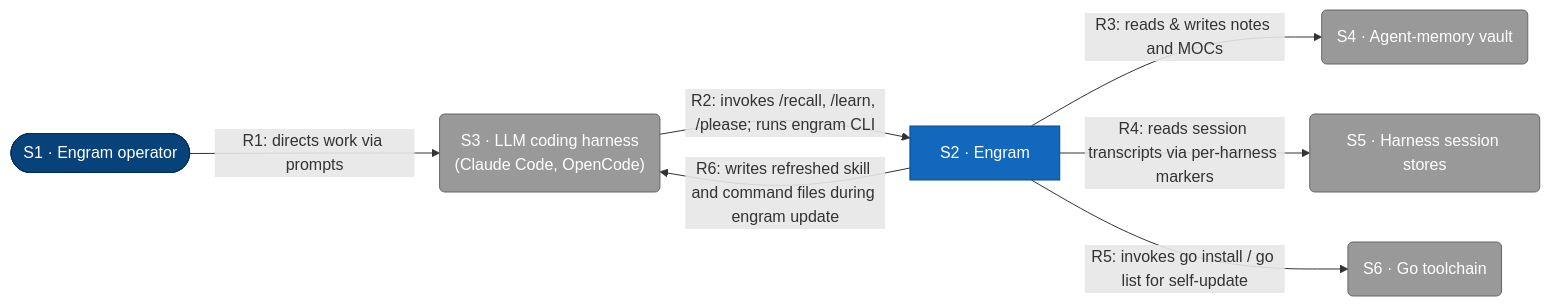
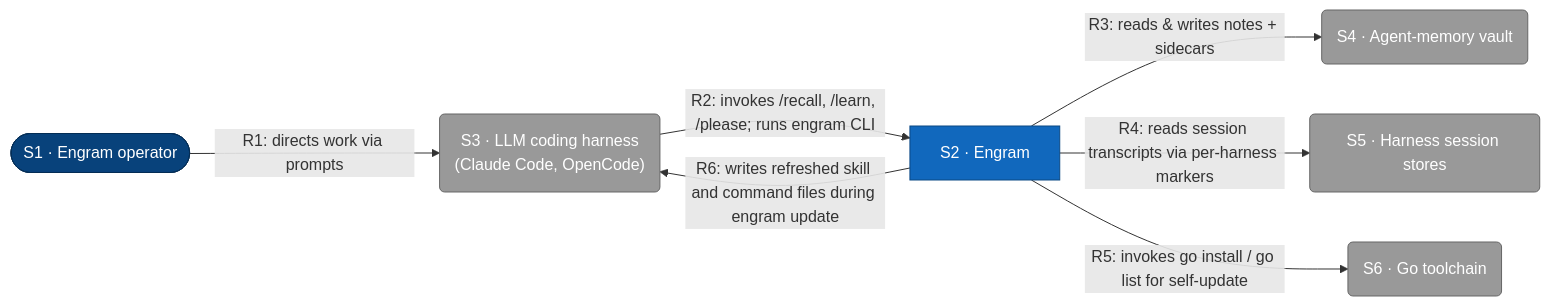
The first of 5 diagrams in docs/architecture/c1-system-context.md (toejough/engram), drawn with Mermaid before and after one commit. The commit also changed other lines of this file, not shown here.

First line of the commit message:
docs(architecture): refresh C4 L1 — drop MOC writes, surface sidecars, fix recall flow

````diff
--- a/docs/architecture/c1-system-context.md
+++ b/docs/architecture/c1-system-context.md
@@ -9,31 +9,31 @@
 ```mermaid
 flowchart LR
     classDef person      fill:#08427b,stroke:#052e56,color:#fff
     classDef external    fill:#999,   stroke:#666,   color:#fff
     classDef container   fill:#1168bd,stroke:#0b4884,color:#fff
 
     user([S1 · Engram operator])
     engram[S2 · Engram]
     harness("S3 · LLM coding harness<br/>(Claude Code, OpenCode)")
     vault(S4 · Agent-memory vault)
     sessions(S5 · Harness session stores)
     gotool(S6 · Go toolchain)
 
     user -->|"R1: directs work via prompts"| harness
     harness -->|"R2: invokes /recall, /learn, /please; runs engram CLI"| engram
-    engram -->|"R3: reads & writes notes and MOCs"| vault
+    engram -->|"R3: reads & writes notes + sidecars"| vault
     engram -->|"R4: reads session transcripts via per-harness markers"| sessions
     engram -->|"R5: invokes go install / go list for self-update"| gotool
     engram -->|"R6: writes refreshed skill and command files during engram update"| harness
 
     class user person
     class harness,vault,sessions,gotool external
     class engram container
 
     click user href "#s1-engram-operator"
     click engram href "#s2-engram"
     click harness href "#s3-llm-coding-harness"
     click vault href "#s4-agent-memory-vault"
     click sessions href "#s5-harness-session-stores"
     click gotool href "#s6-go-toolchain"
 ```
````
